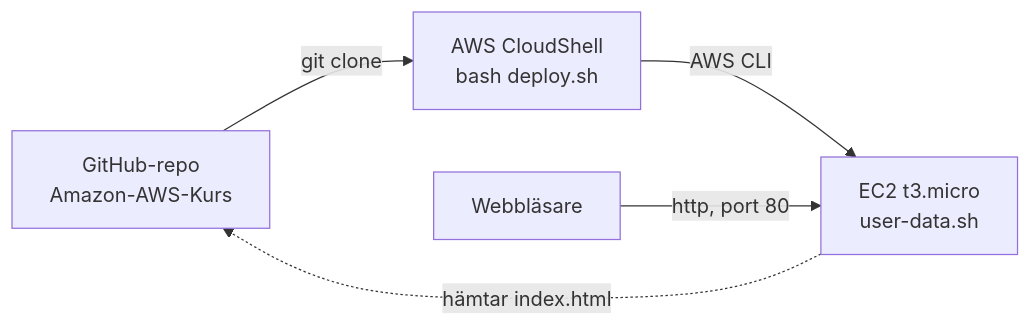
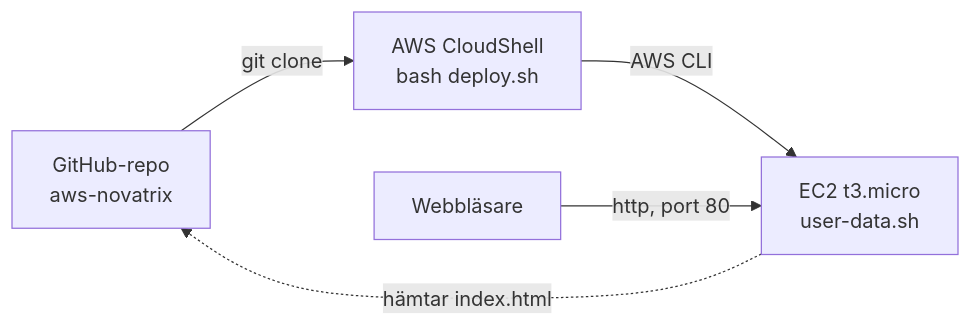
One commit to adrianahlborg404-png/Amazon-AWS-Kurs changed the diagram in README.md. Above: the diagram before and after it, drawn with Mermaid. The commit also changed other lines of this file and 2 other files, not shown here.

````diff
--- a/README.md
+++ b/README.md
@@ -19,7 +19,7 @@
 ```mermaid
 flowchart LR
-    A[GitHub-repo<br/>Amazon-AWS-Kurs] -->|git clone| B[AWS CloudShell<br/>bash deploy.sh]
+    A[GitHub-repo<br/>aws-novatrix] -->|git clone| B[AWS CloudShell<br/>bash deploy.sh]
     B -->|AWS CLI| C[EC2 t3.micro<br/>user-data.sh]
     C -.->|hämtar index.html| A
     D[Webbläsare] -->|http, port 80| C
 ```
````
